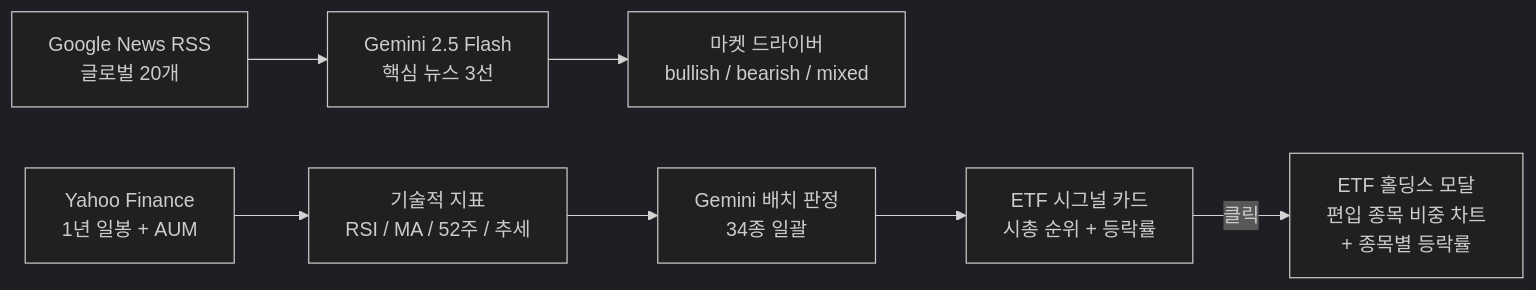
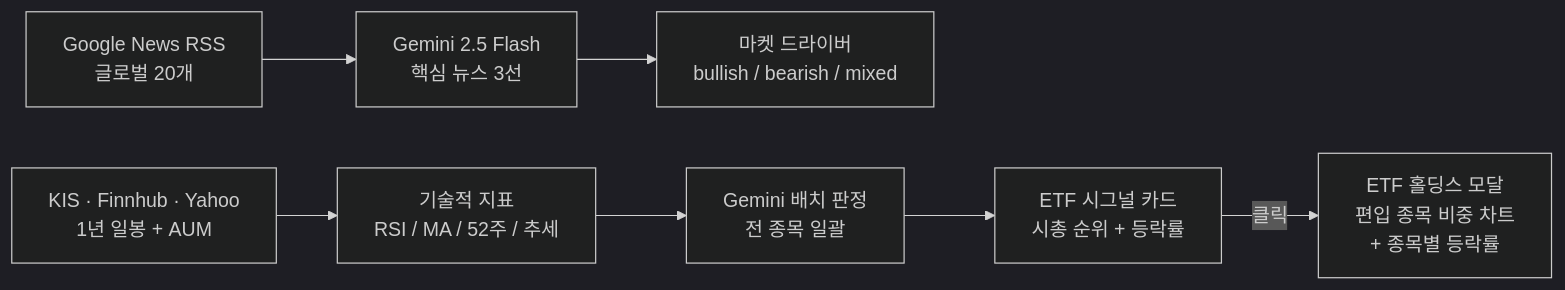
One commit to forexms78/war-investment-agent changed the first of 4 diagrams in README.md. Above: the diagram before and after it, drawn with Mermaid (dark theme). The commit also changed other lines of this file and 1 other file, not shown here.

````diff
--- a/README.md
+++ b/README.md
@@ -89,11 +30,11 @@
 ```mermaid
 flowchart LR
     A["Google News RSS\n글로벌 20개"] --> B["Gemini 2.5 Flash\n핵심 뉴스 3선"]
     B --> C["마켓 드라이버\nbullish / bearish / mixed"]
 
-    D["Yahoo Finance\n1년 일봉 + AUM"] --> E["기술적 지표\nRSI / MA / 52주 / 추세"]
-    E --> F["Gemini 배치 판정\n34종 일괄"]
+    D["KIS · Finnhub · Yahoo\n1년 일봉 + AUM"] --> E["기술적 지표\nRSI / MA / 52주 / 추세"]
+    E --> F["Gemini 배치 판정\n전 종목 일괄"]
     F --> G["ETF 시그널 카드\n시총 순위 + 등락률"]
 
     G -->|"클릭"| H["ETF 홀딩스 모달\n편입 종목 비중 차트\n+ 종목별 등락률"]
 ```
````
